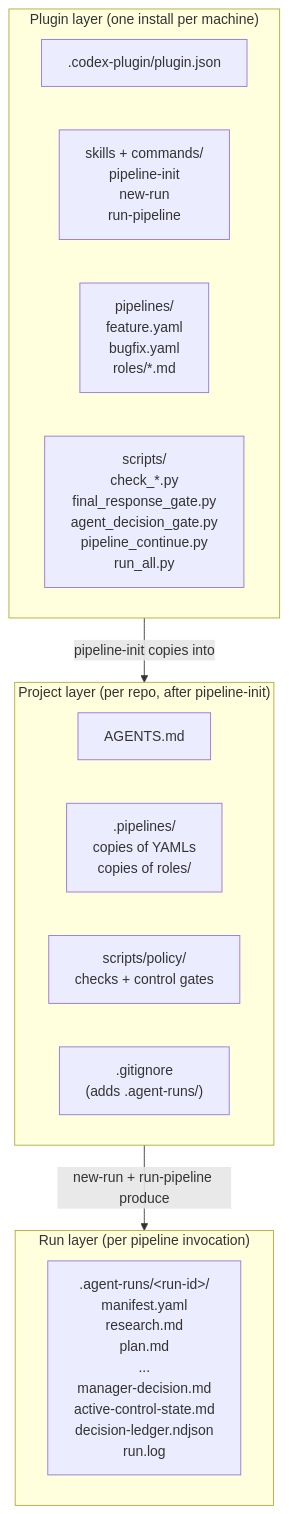
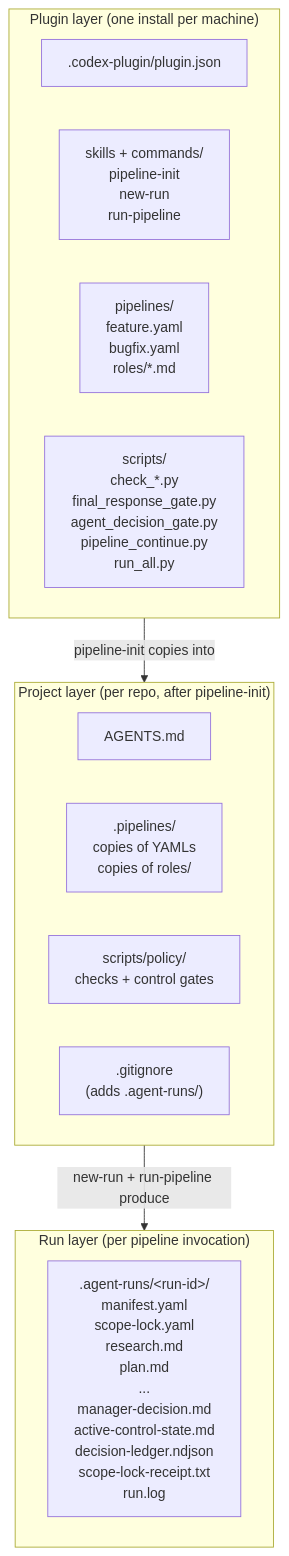
One commit to scottconverse/agent-pipeline-codex changed the first of 11 diagrams in skills/agent-pipeline/references/ARCHITECTURE.md. Above: the diagram before and after it, drawn with Mermaid. The commit also changed other lines of this file and 51 other files, not shown here.

Commit message:
fix: add canonical rung scope lock gates

````diff
--- a/skills/agent-pipeline/references/ARCHITECTURE.md
+++ b/skills/agent-pipeline/references/ARCHITECTURE.md
@@ -33,26 +33,26 @@
 ```mermaid
 flowchart TB
     subgraph PluginLayer["Plugin layer (one install per machine)"]
         direction LR
         A1[".codex-plugin/plugin.json"]
         A2["skills + commands/<br/>pipeline-init<br/>new-run<br/>run-pipeline"]
         A3["pipelines/<br/>feature.yaml<br/>bugfix.yaml<br/>roles/*.md"]
         A4["scripts/<br/>check_*.py<br/>final_response_gate.py<br/>agent_decision_gate.py<br/>pipeline_continue.py<br/>run_all.py"]
     end
 
     subgraph ProjectLayer["Project layer (per repo, after pipeline-init)"]
         direction LR
         B1["AGENTS.md"]
         B2[".pipelines/<br/>copies of YAMLs<br/>copies of roles/"]
         B3["scripts/policy/<br/>checks + control gates"]
         B4[".gitignore<br/>(adds .agent-runs/)"]
     end
 
     subgraph RunLayer["Run layer (per pipeline invocation)"]
         direction LR
-        C1[".agent-runs/&lt;run-id&gt;/<br/>manifest.yaml<br/>research.md<br/>plan.md<br/>...<br/>manager-decision.md<br/>active-control-state.md<br/>decision-ledger.ndjson<br/>run.log"]
+        C1[".agent-runs/&lt;run-id&gt;/<br/>manifest.yaml<br/>scope-lock.yaml<br/>research.md<br/>plan.md<br/>...<br/>manager-decision.md<br/>active-control-state.md<br/>decision-ledger.ndjson<br/>scope-lock-receipt.txt<br/>run.log"]
     end
 
     PluginLayer -- "pipeline-init copies into" --> ProjectLayer
     ProjectLayer -- "new-run + run-pipeline produce" --> RunLayer
 ```
````
